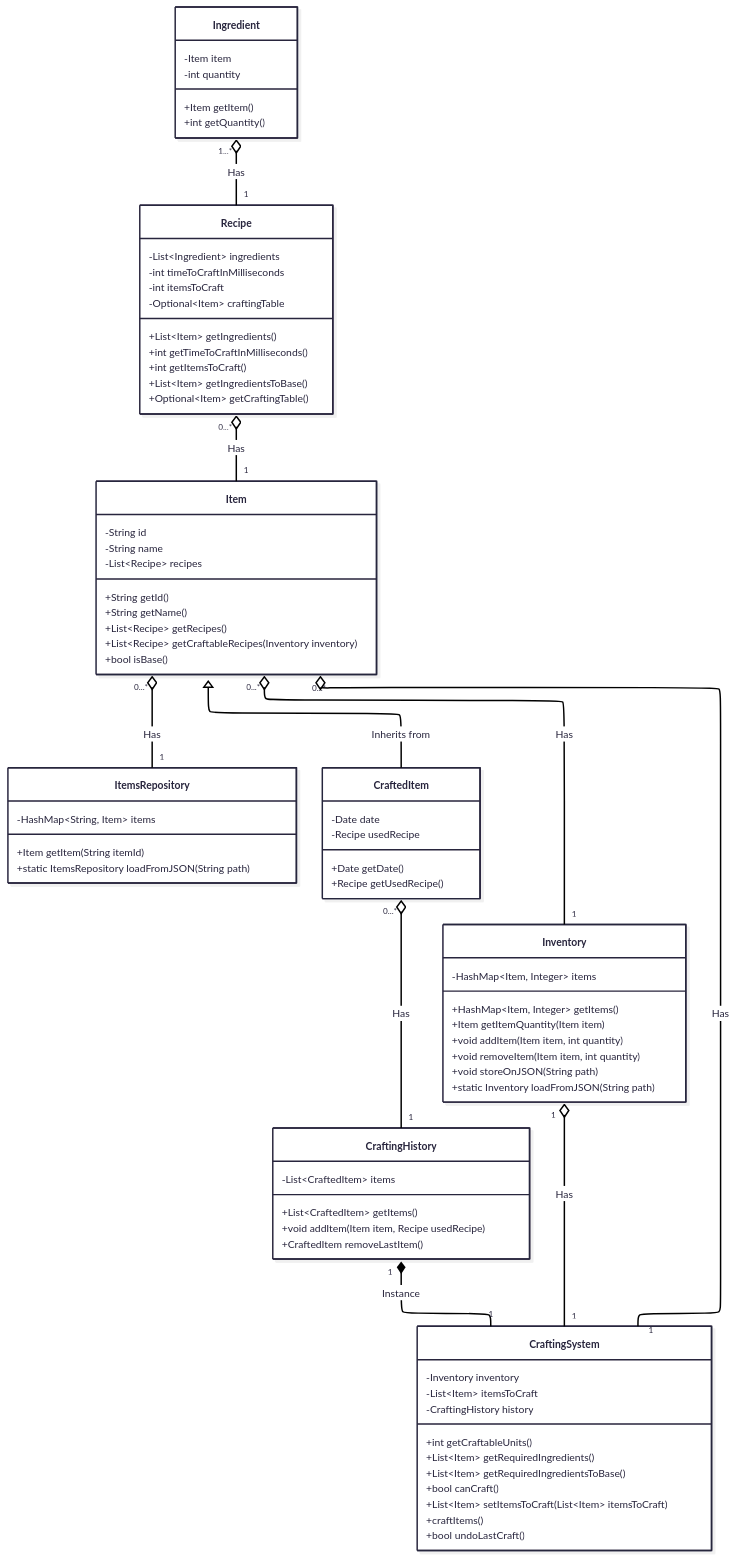
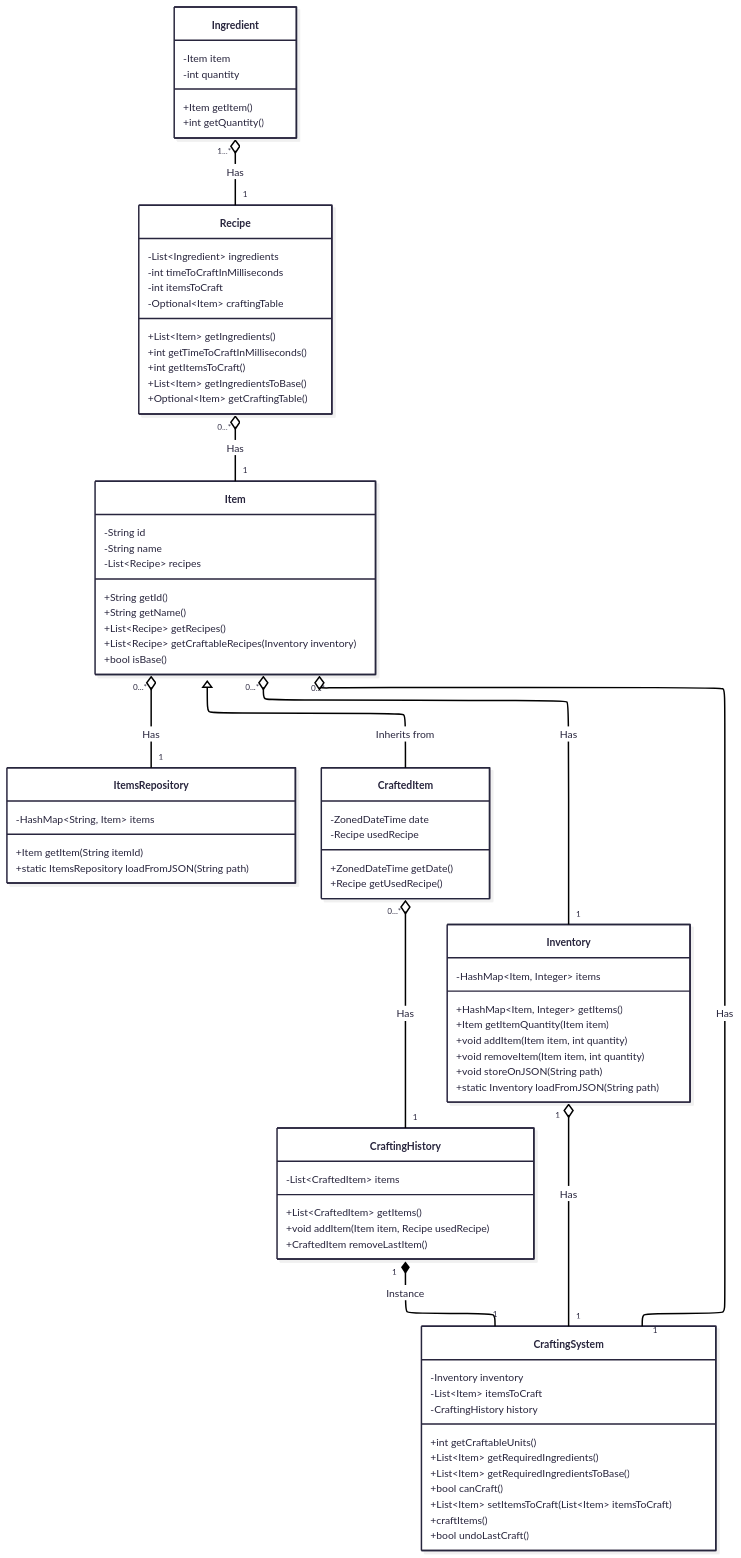
Before and after one commit to hozlucas28/Java-Practical-Work-2025: the first of 2 diagrams in README.md, drawn with Mermaid. The commit also changed 1 other file, not shown here.

Commit message:
feature(CraftedItem): change `Date` type to `ZonedDateTime`

```diff
--- a/README.md
+++ b/README.md
@@ -148,10 +148,10 @@
     }
 
     class CraftedItem {
-	    -Date date
+	    -ZonedDateTime date
 	    -Recipe usedRecipe
 
-	    +Date getDate()
+	    +ZonedDateTime getDate()
 	    +Recipe getUsedRecipe()
     }
 
```
